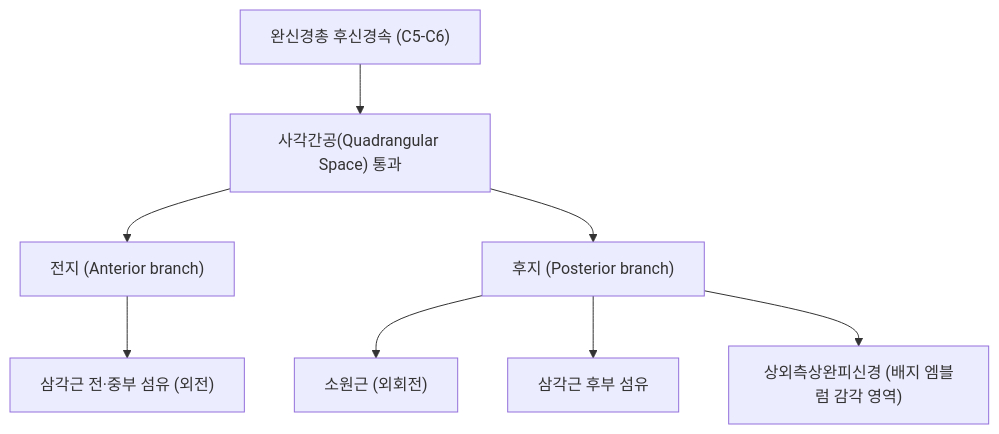
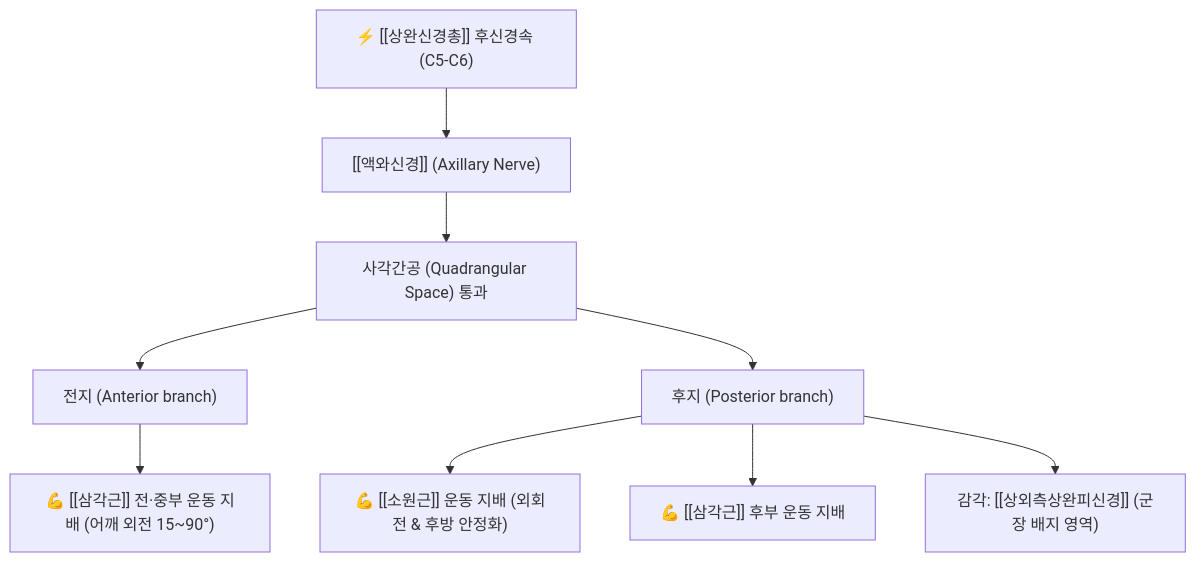
Before and after one commit to simbio11/simbio-digital-garden2: the diagram in content/1. 근골격계 공부/신경/04_상완신경총_상지/액와신경.md, drawn with Mermaid. The commit also changed other lines of this file and 73 other files, not shown here.

````diff
--- a/content/1. 근골격계 공부/신경/04_상완신경총_상지/액와신경.md
+++ b/content/1. 근골격계 공부/신경/04_상완신경총_상지/액와신경.md
@@ -48,10 +51,11 @@
 ```mermaid
 graph TD
-    AxillaryOrigin["완신경총 후신경속 (C5-C6)"] --> QuadSpace["사각간공(Quadrangular Space) 통과"]
-    QuadSpace --> AnteriorBranch["전지 (Anterior branch)"]
-    QuadSpace --> PosteriorBranch["후지 (Posterior branch)"]
-    AnteriorBranch --> DeltoidAntMid["삼각근 전·중부 섬유 (외전)"]
-    PosteriorBranch --> TeresMinor["소원근 (외회전)"]
-    PosteriorBranch --> DeltoidPost["삼각근 후부 섬유"]
-    PosteriorBranch --> Cutaneous["상외측상완피신경 (배지 엠블럼 감각 영역)"]
+    Root["⚡ [[상완신경총]] 후신경속 (C5-C6)"] --> Axillary["[[액와신경]] (Axillary Nerve)"]
+    Axillary --> QuadSpace["사각간공 (Quadrangular Space) 통과"]
+    QuadSpace --> AntBranch["전지 (Anterior branch)"]
+    QuadSpace --> PostBranch["후지 (Posterior branch)"]
+    AntBranch --> DeltoidAntMid["💪 [[삼각근]] 전·중부 운동 지배 (어깨 외전 15~90°)"]
+    PostBranch --> TeresMinor["💪 [[소원근]] 운동 지배 (외회전 & 후방 안정화)"]
+    PostBranch --> DeltoidPost["💪 [[삼각근]] 후부 운동 지배"]
+    PostBranch --> Cutaneous["감각: [[상외측상완피신경]] (군장 배지 영역)"]
 ```
````
